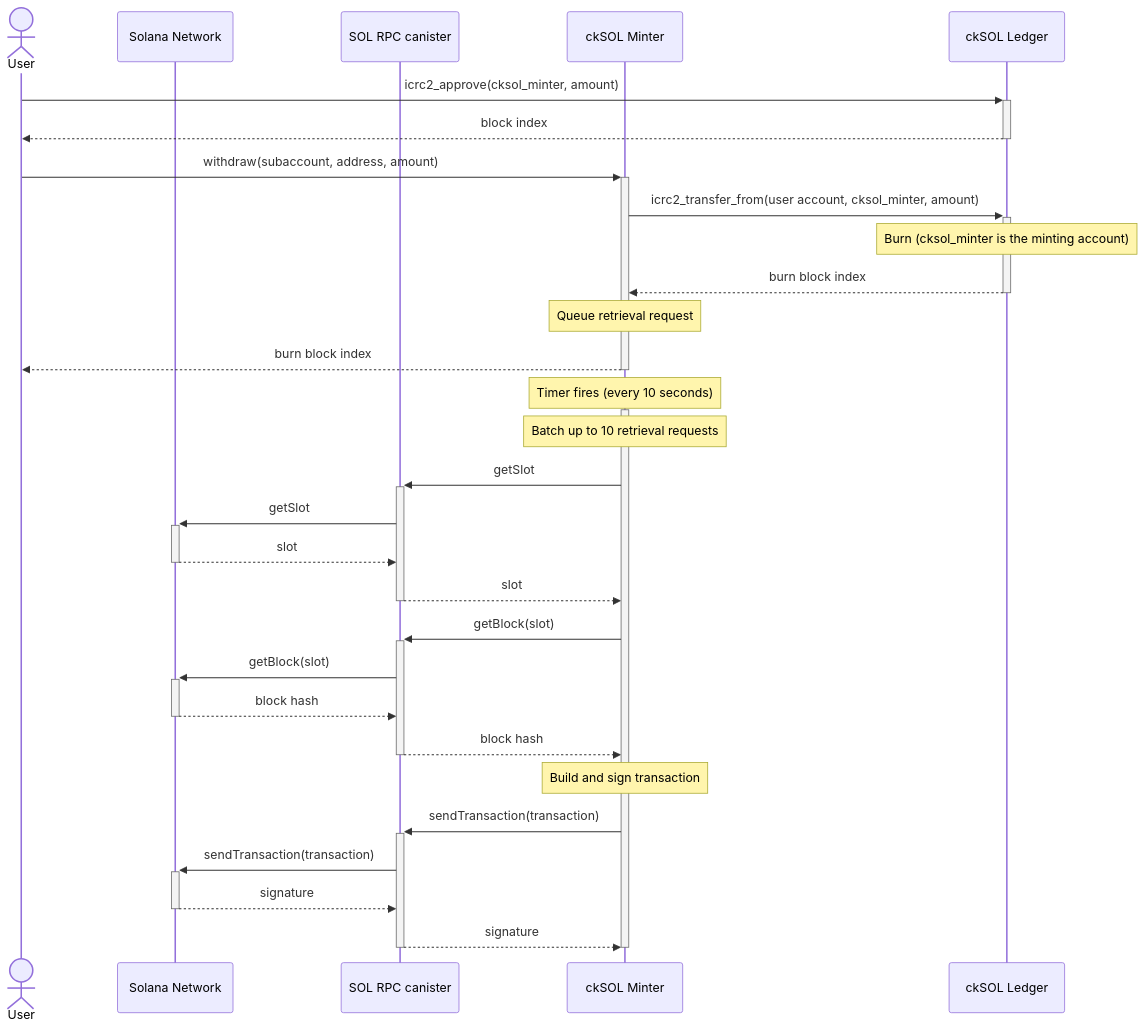
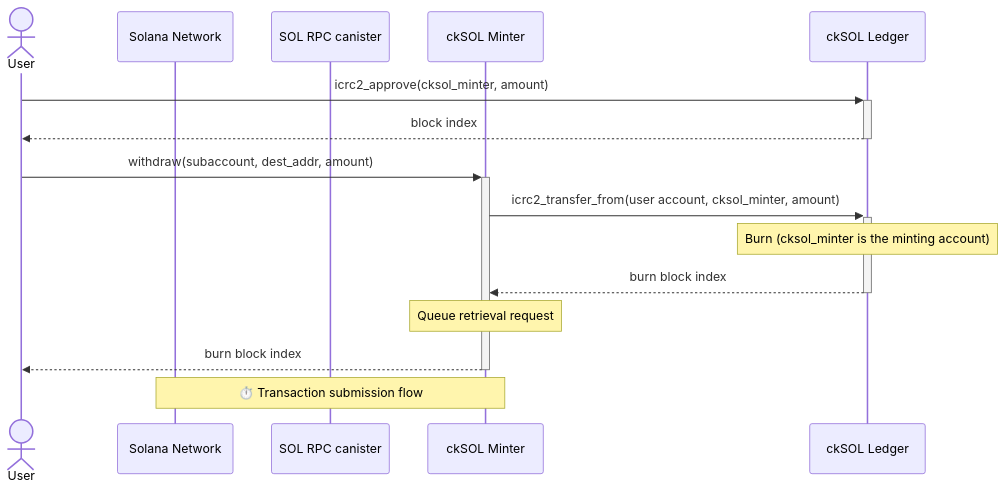
Before and after one commit to dfinity/cksol: the fifth of 7 diagrams in docs/design.md, drawn with Mermaid.

Commit message:
docs: summarize the transaction submission in the withdrawal flow diagram
Claude-Session: https://claude.ai/code/session_01VpFpbJ5sgNutGGJUQ5dmkr

````diff
--- a/docs/design.md
+++ b/docs/design.md
@@ -379,35 +379,19 @@
 ```mermaid
 sequenceDiagram
     actor User
     participant Solana as Solana Network
     participant RPC as SOL RPC canister
     participant Minter as ckSOL Minter
     participant Ledger as ckSOL Ledger
 
     User->>+Ledger: icrc2_approve(cksol_minter, amount)
     Ledger-->>-User: block index
-    User->>+Minter: withdraw(subaccount, address, amount)
+    User->>+Minter: withdraw(subaccount, dest_addr, amount)
     Minter->>+Ledger: icrc2_transfer_from(user account, cksol_minter, amount)
     Note over Ledger: Burn (cksol_minter is the minting account)
     Ledger-->>-Minter: burn block index
     Note over Minter: Queue retrieval request
     Minter-->>-User: burn block index
 
-    Note over Minter: Timer fires (every 10 seconds)
-    activate Minter
-    Note over Minter: Batch up to 10 retrieval requests
-    Minter->>+RPC: getSlot
-    RPC->>+Solana: getSlot
-    Solana-->>-RPC: slot
-    RPC-->>-Minter: slot
-    Minter->>+RPC: getBlock(slot)
-    RPC->>+Solana: getBlock(slot)
-    Solana-->>-RPC: block hash
-    RPC-->>-Minter: block hash
-    Note over Minter: Build and sign transaction
-    Minter->>+RPC: sendTransaction(transaction)
-    RPC->>+Solana: sendTransaction(transaction)
-    Solana-->>-RPC: signature
-    RPC-->>-Minter: signature
-    deactivate Minter
+    Note over Solana,Minter: ⏱️ Transaction submission flow
 ```
````
